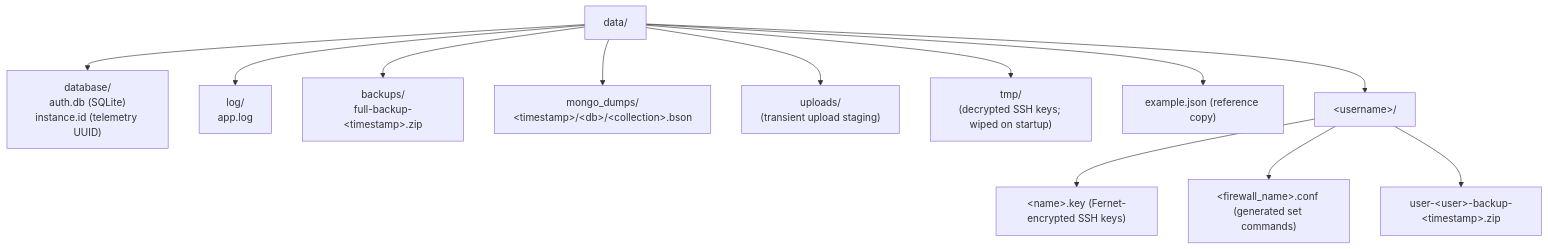
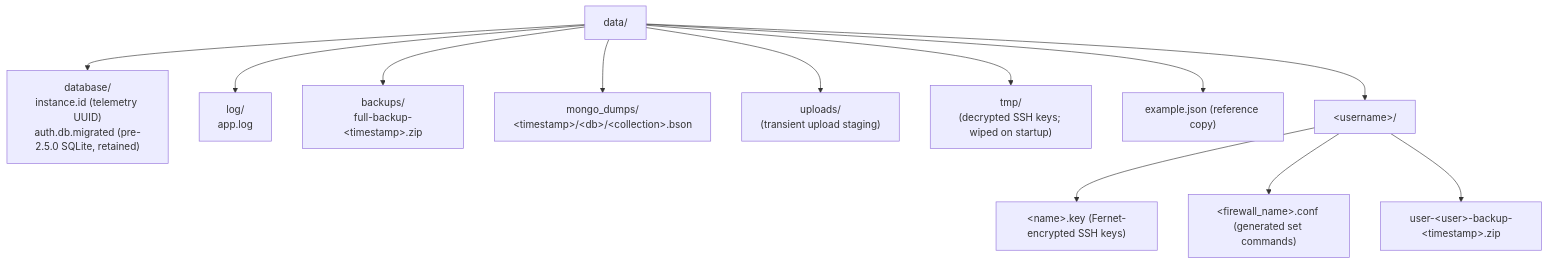
One commit to ibehren1/fw-gui changed the seventh of 9 diagrams in docs/data-architecture.md. Above: the diagram before and after it, drawn with Mermaid. The commit also changed other lines of this file and 8 other files, not shown here.

````diff
--- a/docs/data-architecture.md
+++ b/docs/data-architecture.md
@@ -281,15 +418,15 @@
 ```mermaid
 flowchart TD
     data["data/"]
-    data --> db["database/<br/>auth.db (SQLite)<br/>instance.id (telemetry UUID)"]
+    data --> db["database/<br/>instance.id (telemetry UUID)<br/>auth.db.migrated (pre-2.5.0 SQLite, retained)"]
     data --> log["log/<br/>app.log"]
     data --> backups["backups/<br/>full-backup-&lt;timestamp&gt;.zip"]
     data --> dumps["mongo_dumps/<br/>&lt;timestamp&gt;/&lt;db&gt;/&lt;collection&gt;.bson"]
     data --> uploads["uploads/<br/>(transient upload staging)"]
     data --> tmp["tmp/<br/>(decrypted SSH keys; wiped on startup)"]
     data --> ex["example.json (reference copy)"]
     data --> userdir["&lt;username&gt;/"]
     userdir --> keys["&lt;name&gt;.key (Fernet-encrypted SSH keys)"]
     userdir --> conf["&lt;firewall_name&gt;.conf (generated set commands)"]
     userdir --> ubk["user-&lt;user&gt;-backup-&lt;timestamp&gt;.zip"]
 ```
````
